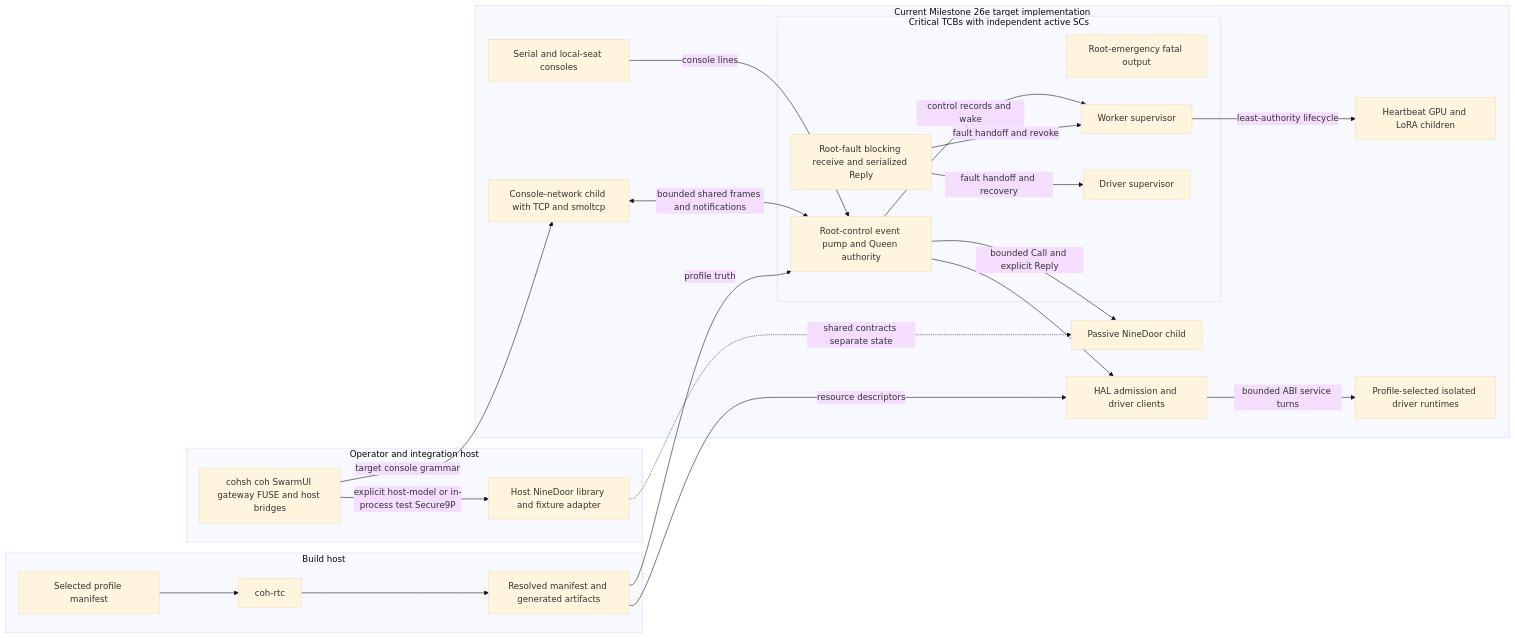
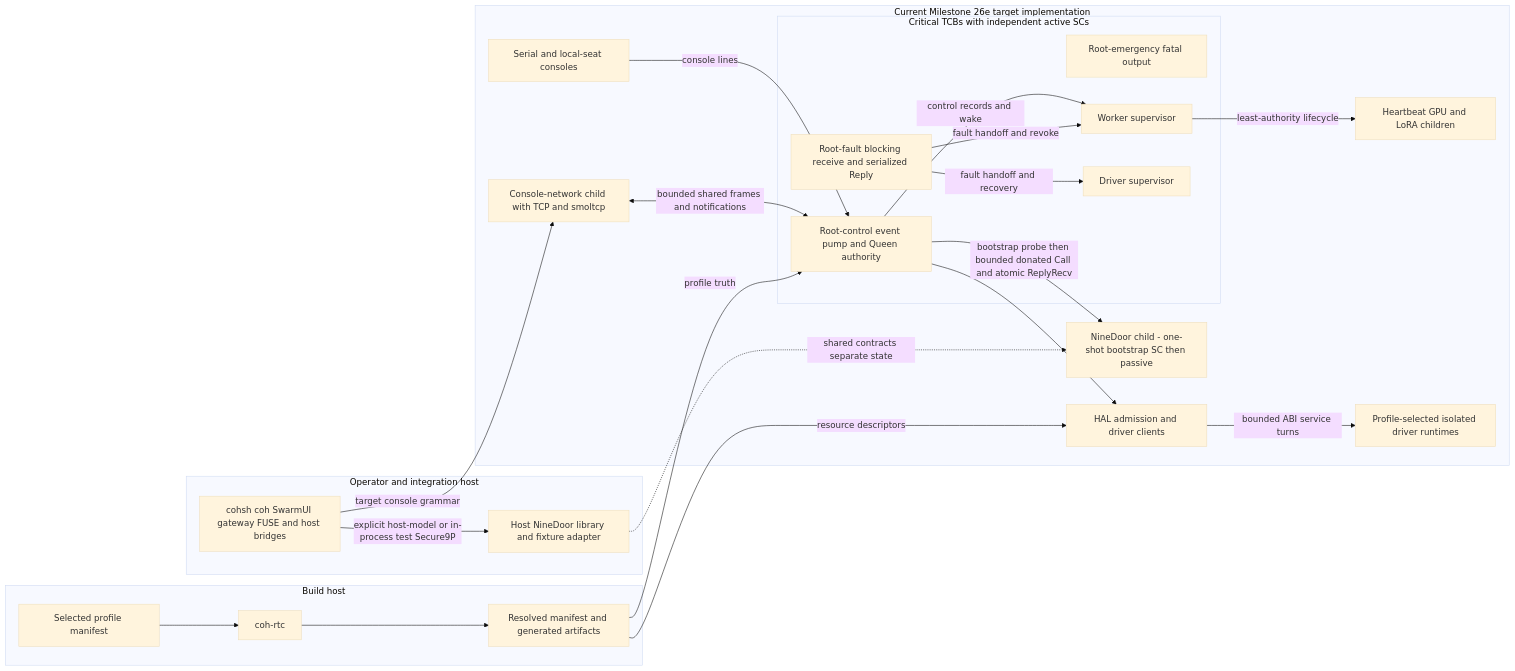
One commit to lukeb-aidev/cohesix changed the first of 4 diagrams in docs/ARCHITECTURE.md. Above: the diagram before and after it, drawn with Mermaid (base theme). The commit also changed other lines of this file and 52 other files, not shown here.

First line of the commit message:
Fix NineDoor passive MCS bootstrap

````diff
--- a/docs/ARCHITECTURE.md
+++ b/docs/ARCHITECTURE.md
@@ -142,46 +142,46 @@
 ```mermaid
 flowchart LR
   subgraph BuildHost[Build host]
     Manifest[Selected profile manifest]
     Compiler[coh-rtc]
     Generated[Resolved manifest and generated artifacts]
     Manifest --> Compiler --> Generated
   end
 
   subgraph OperatorHost[Operator and integration host]
     HostClients[cohsh coh SwarmUI gateway FUSE and host bridges]
     HostNineDoor[Host NineDoor library and fixture adapter]
     HostClients -->|explicit host-model or in-process test Secure9P| HostNineDoor
   end
 
   subgraph Target[Current Milestone 26e target implementation]
     Serial[Serial and local-seat consoles]
     subgraph Critical[Critical TCBs with independent active SCs]
       EventPump[Root-control event pump and Queen authority]
       RootFault[Root-fault blocking receive and serialized Reply]
       Emergency[Root-emergency fatal output]
       WorkerSupervisor[Worker supervisor]
       DriverSupervisor[Driver supervisor]
     end
     ConsoleChild[Console-network child with TCP and smoltcp]
-    NineDoorChild[Passive NineDoor child]
+    NineDoorChild[NineDoor child - one-shot bootstrap SC then passive]
     Workers[Heartbeat GPU and LoRA children]
     Hal[HAL admission and driver clients]
     Drivers[Profile-selected isolated driver runtimes]
 
     Serial -->|console lines| EventPump
     ConsoleChild <-->|bounded shared frames and notifications| EventPump
-    EventPump -->|bounded Call and explicit Reply| NineDoorChild
+    EventPump -->|bootstrap probe then bounded donated Call and atomic ReplyRecv| NineDoorChild
     EventPump -->|control records and wake| WorkerSupervisor
     RootFault -->|fault handoff and revoke| WorkerSupervisor
     WorkerSupervisor -->|least-authority lifecycle| Workers
     RootFault -->|fault handoff and recovery| DriverSupervisor
     EventPump --> Hal
     Hal -->|bounded ABI service turns| Drivers
   end
 
   Generated -->|profile truth| EventPump
   Generated -->|resource descriptors| Hal
   HostClients -->|target console grammar| ConsoleChild
   HostNineDoor -.->|shared contracts separate state| NineDoorChild
 ```
````
